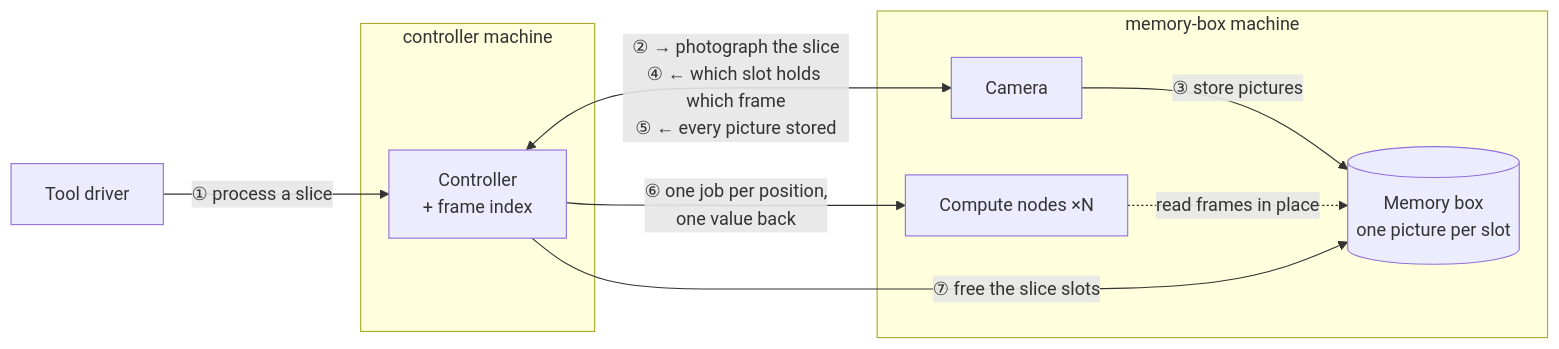
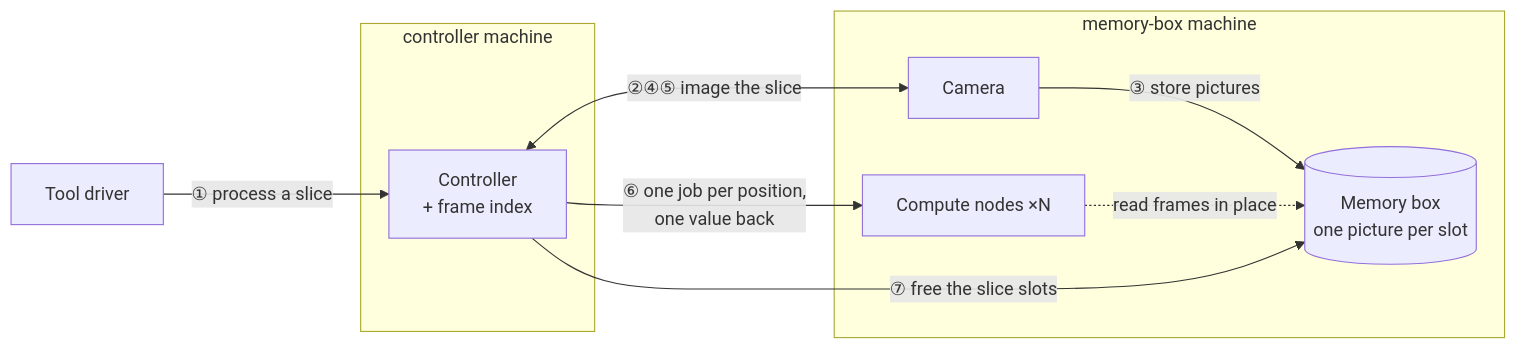
One commit to erancha/algorithm-controller changed the diagram in README.md. Above: the diagram before and after it, drawn with Mermaid. The commit also changed other lines of this file, not shown here.

````diff
--- a/README.md
+++ b/README.md
@@ -40,18 +40,18 @@
 ```mermaid
 %%{init: {"flowchart": {"wrappingWidth": 400}}}%%
 flowchart LR
     DRV[Tool driver] -->|① process a slice| CTRL
     subgraph CM[controller machine]
         CTRL[Controller<br/>+ frame index]
     end
     subgraph MM[memory-box machine]
         CAM[Camera]
         CN[Compute nodes ×N]
         MB[(Memory box<br/>one picture per slot)]
     end
-    CTRL <-->|"② → photograph the slice<br/>④ ← which slot holds which frame<br/>⑤ ← every picture stored"| CAM
+    CTRL <-->|②④⑤ image the slice| CAM
     CTRL -->|"⑥ one job per position,<br/>one value back"| CN
     CAM -->|③ store pictures| MB
     CN -.->|read frames in place| MB
     CTRL -->|⑦ free the slice slots| MB
 ```
````
